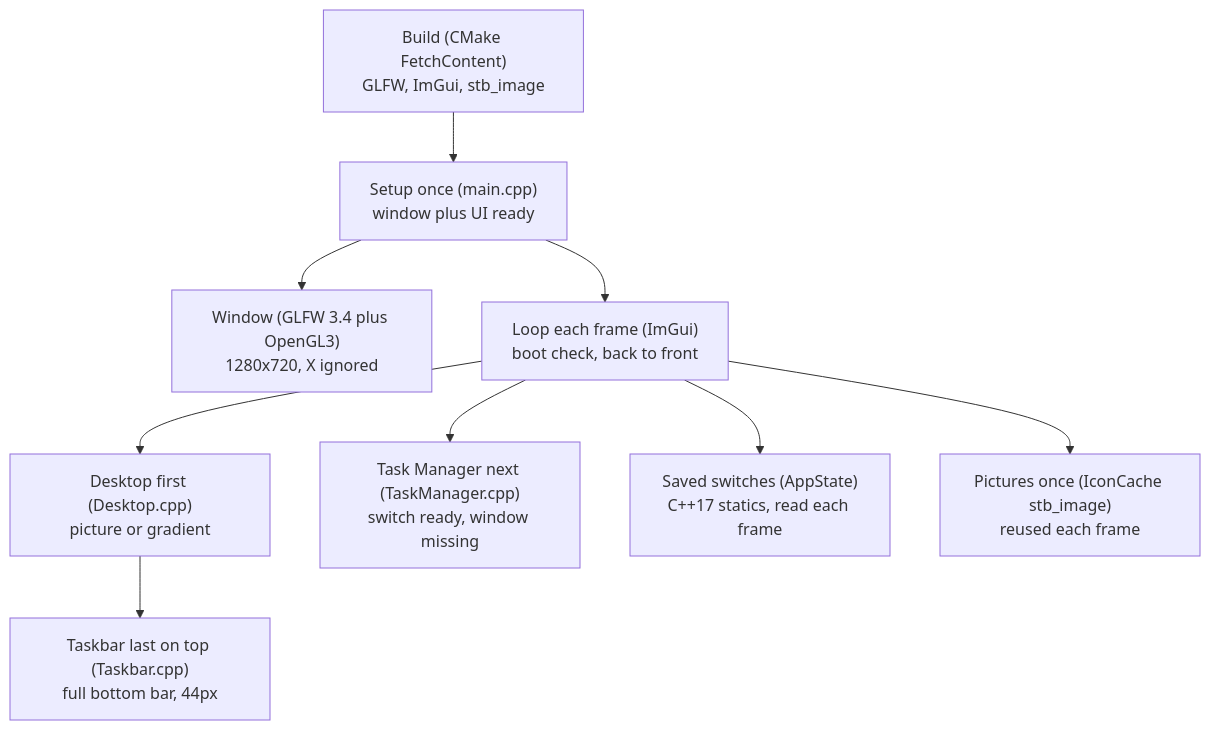
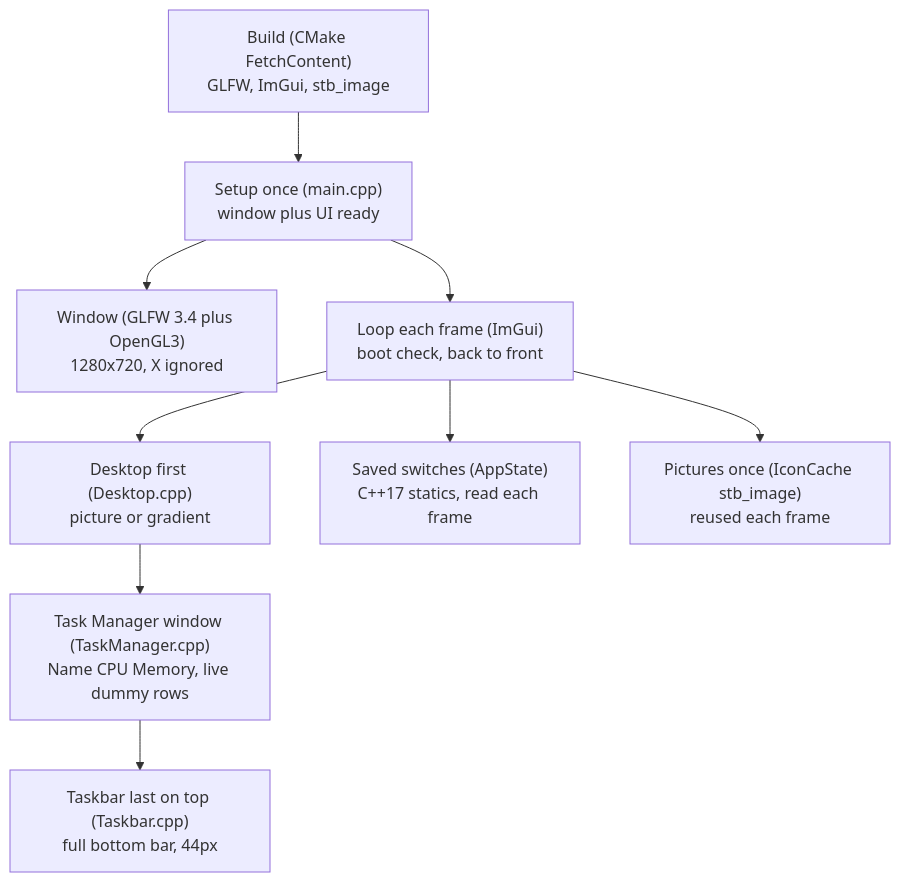
Before and after one commit to mbchavez27/desktop-style-mockup: the second of 2 diagrams in docs/architecture.md, drawn with Mermaid. The commit also changed other lines of this file and 4 other files, not shown here.

Commit message:
docs(architecture): reflect shipped Task Manager window

````diff
--- a/docs/architecture.md
+++ b/docs/architecture.md
@@ -51,11 +53,11 @@
 ```mermaid
 flowchart TB
     Init["Setup once (main.cpp)<br/>window plus UI ready"] --> Win["Window (GLFW 3.4 plus OpenGL3)<br/>1280x720, X ignored"]
     Init --> Loop["Loop each frame (ImGui)<br/>boot check, back to front"]
     Loop --> Desk2["Desktop first (Desktop.cpp)<br/>picture or gradient"]
-    Desk2 --> Bar2["Taskbar last on top (Taskbar.cpp)<br/>full bottom bar, 44px"]
-    Loop --> Mgr2["Task Manager next (TaskManager.cpp)<br/>switch ready, window missing"]
+    Desk2 --> Mgr2["Task Manager window (TaskManager.cpp)<br/>Name CPU Memory, live dummy rows"]
+    Mgr2 --> Bar2["Taskbar last on top (Taskbar.cpp)<br/>full bottom bar, 44px"]
     Loop --> State2["Saved switches (AppState)<br/>C++17 statics, read each frame"]
     Loop --> Pics["Pictures once (IconCache stb_image)<br/>reused each frame"]
     Build["Build (CMake FetchContent)<br/>GLFW, ImGui, stb_image"] --> Init
 ```
````
